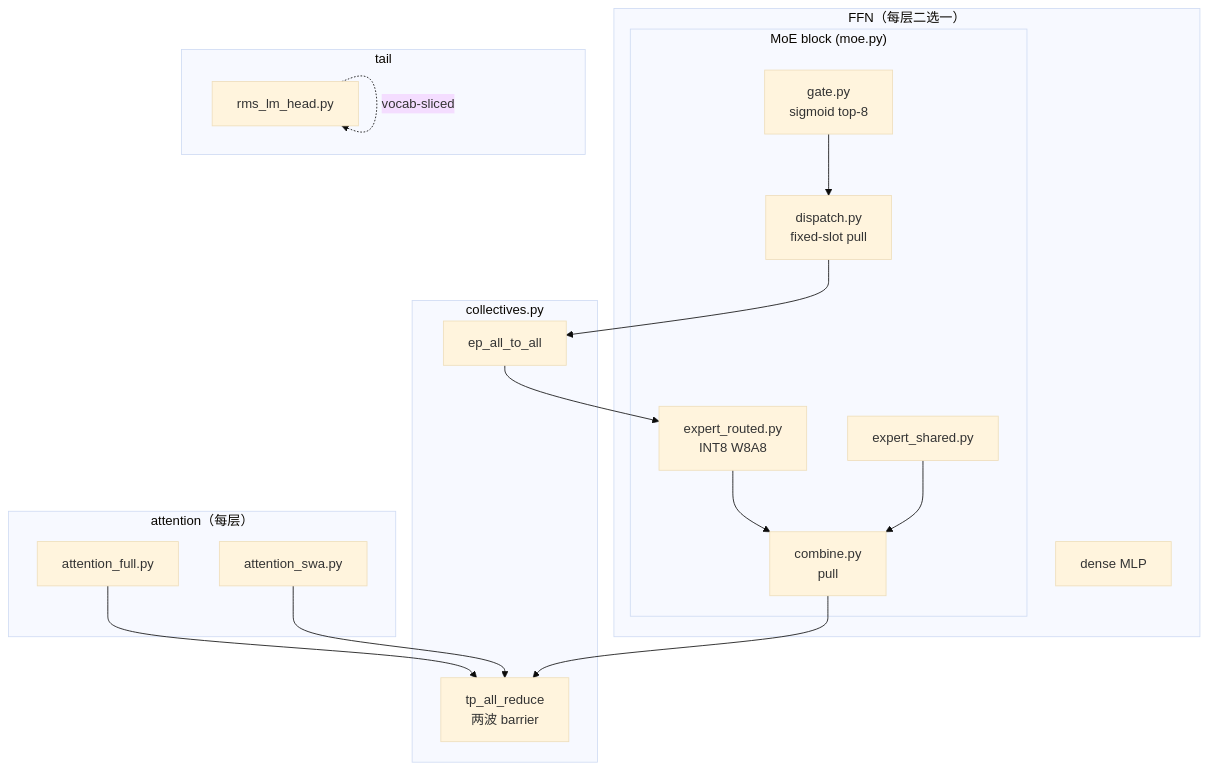
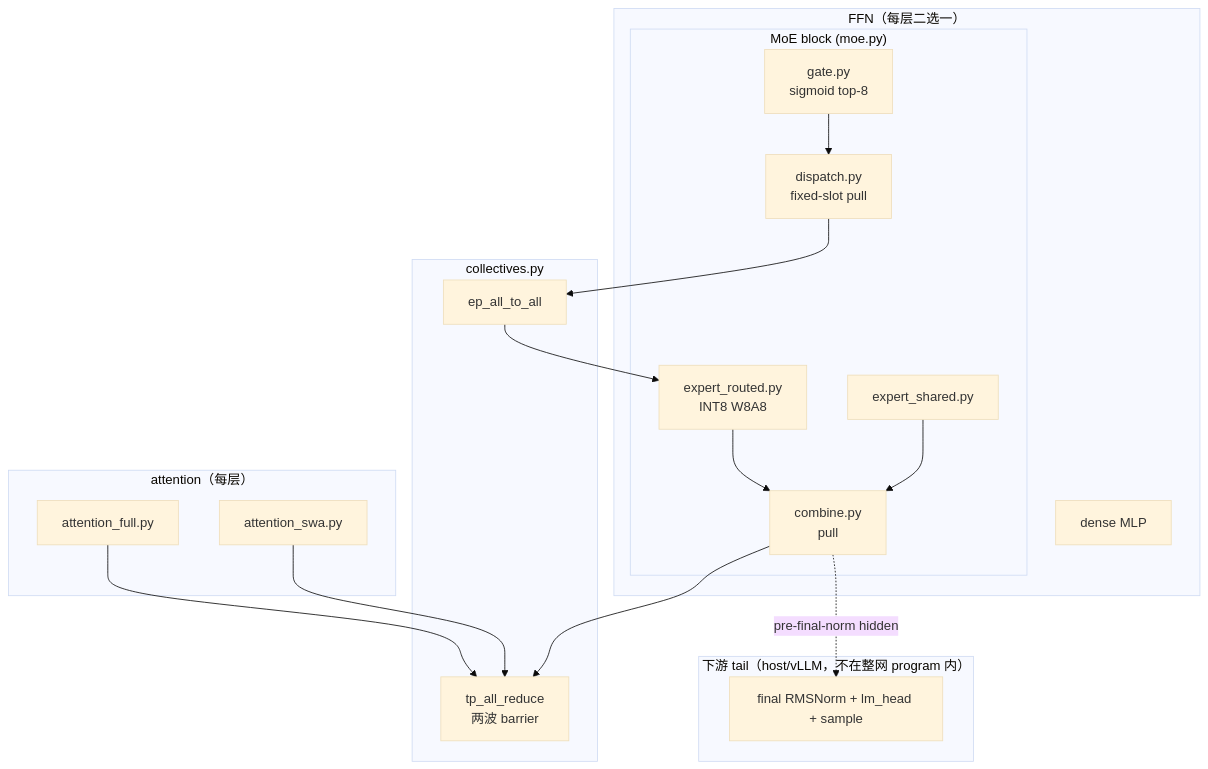
One commit to csy0225/pypto-project changed the second of 4 diagrams in design/whole-net/01-system-design.md. Above: the diagram before and after it, drawn with Mermaid (base theme). The commit also changed other lines of this file and 4 other files, not shown here.

````diff
--- a/design/whole-net/01-system-design.md
+++ b/design/whole-net/01-system-design.md
@@ -61,31 +68,31 @@
 ```mermaid
 graph TD
     subgraph ATT["attention（每层）"]
         AF[attention_full.py]
         AS[attention_swa.py]
     end
     subgraph FFN["FFN（每层二选一）"]
         DM[dense MLP]
         subgraph MOE["MoE block (moe.py)"]
             G[gate.py<br/>sigmoid top-8]
             D[dispatch.py<br/>fixed-slot pull]
             ER[expert_routed.py<br/>INT8 W8A8]
             ES[expert_shared.py]
             C[combine.py<br/>pull]
         end
     end
-    subgraph TAIL["tail"]
-        RH[rms_lm_head.py]
+    subgraph TAIL["下游 tail（host/vLLM，不在整网 program 内）"]
+        RH["final RMSNorm + lm_head + sample"]
     end
     subgraph COMM["collectives.py"]
         AR[tp_all_reduce<br/>两波 barrier]
         A2A[ep_all_to_all]
     end
 
     AF --> AR
     AS --> AR
     G --> D --> A2A --> ER --> C
     ES --> C
     C --> AR
-    RH -.vocab-sliced.-> RH
+    C -.pre-final-norm hidden.-> RH
 ```
````
